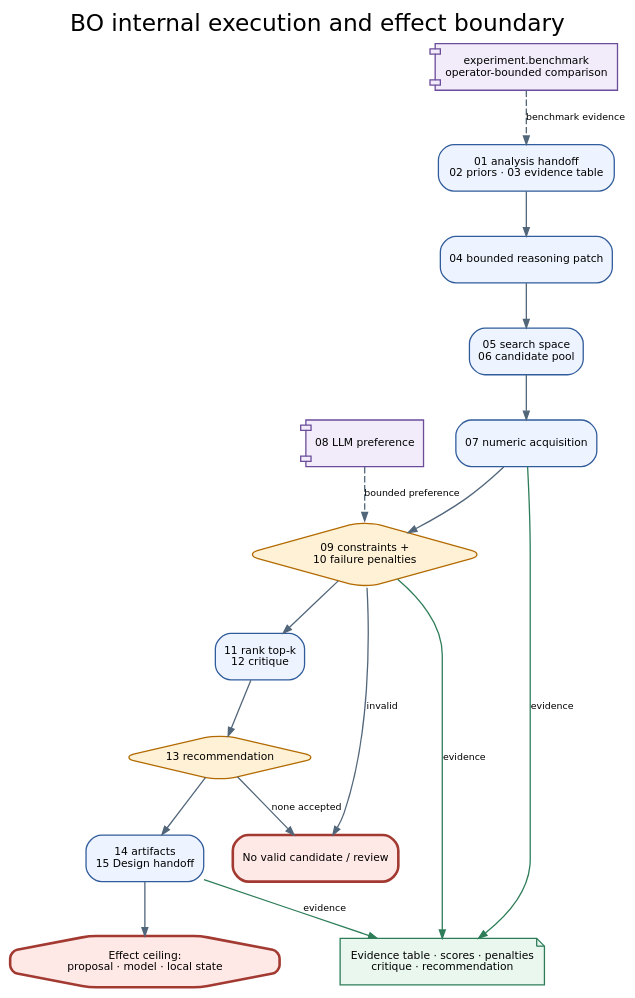
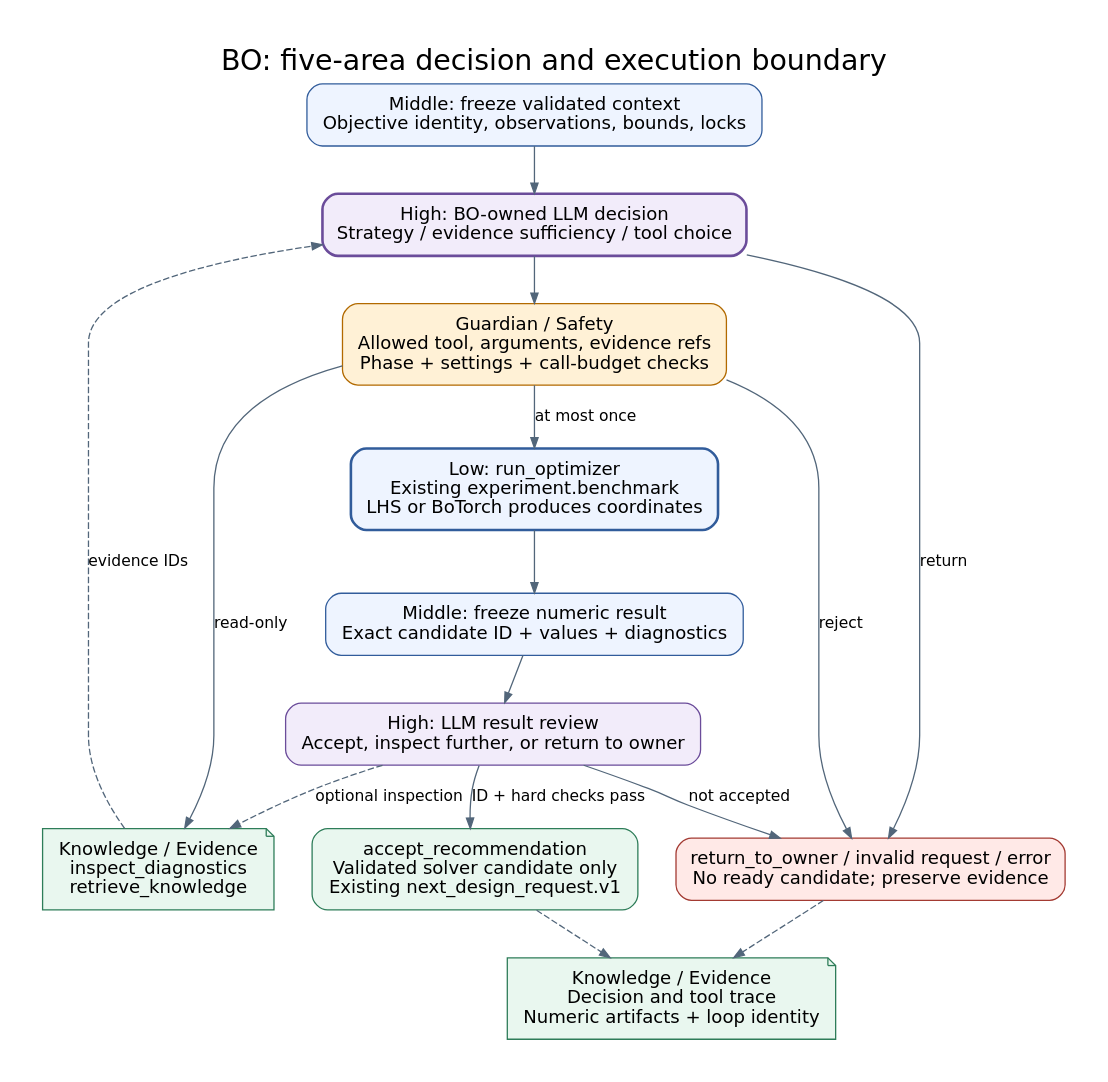
One commit to JIN9811/autonomous_researcher changed the diagram in docs/agents/assets/figures/bo_02_execution_effect_boundary.dot. Above: the diagram before and after it, drawn with Graphviz. The commit also changed 46 other files, not shown here.

Commit message:
feat(bo): add bounded LLM decisions and continuous design handoffs

```diff
--- a/docs/agents/assets/figures/bo_02_execution_effect_boundary.dot
+++ b/docs/agents/assets/figures/bo_02_execution_effect_boundary.dot
@@ -1,26 +1,27 @@
 digraph bo_execution_effect_boundary {
-  graph [rankdir=TB, bgcolor="transparent", pad="0.25", nodesep="0.30", ranksep="0.46", fontname="DejaVu Sans", label="BO internal execution and effect boundary", labelloc="t", fontsize=18];
-  node [shape=box, style="rounded,filled", fillcolor="#EEF4FF", color="#315C9B", fontname="DejaVu Sans", fontsize=8.3, margin="0.09,0.06"];
-  edge [color="#52667A", fontname="DejaVu Sans", fontsize=7.3, arrowsize=0.65];
-  intake [label="01 analysis handoff\n02 priors · 03 evidence table"];
-  patch [label="04 bounded reasoning patch"];
-  space [label="05 search space\n06 candidate pool"];
-  acquisition [label="07 numeric acquisition"];
-  preference [label="08 LLM preference", shape=component, fillcolor="#F2ECFA", color="#6B4C9A"];
-  gate [label="09 constraints +\n10 failure penalties", shape=diamond, fillcolor="#FFF1D6", color="#B26A00"];
-  rank [label="11 rank top-k\n12 critique"];
-  recommend [label="13 recommendation", shape=diamond, fillcolor="#FFF1D6", color="#B26A00"];
-  output [label="14 artifacts\n15 Design handoff"];
-  tool [label="experiment.benchmark\noperator-bounded comparison", shape=component, fillcolor="#F2ECFA", color="#6B4C9A"];
-  evidence [label="Evidence table · scores · penalties\ncritique · recommendation", shape=note, fillcolor="#E9F7EF", color="#2E7D59"];
-  reject [label="No valid candidate / review", fillcolor="#FFE9E7", color="#A33A32", penwidth=2];
-  effect [label="Effect ceiling:\nproposal · model · local state", shape=octagon, fillcolor="#FFE9E7", color="#A33A32", penwidth=2];
-  intake -> patch -> space -> acquisition -> gate -> rank -> recommend -> output -> effect;
-  preference -> gate [style=dashed, label="bounded preference"];
-  tool -> intake [style=dashed, label="benchmark evidence"];
-  gate -> reject [label="invalid"];
-  recommend -> reject [label="none accepted"];
-  acquisition -> evidence [label="evidence", color="#2E7D59"];
-  gate -> evidence [label="evidence", color="#2E7D59"];
-  output -> evidence [label="evidence", color="#2E7D59"];
+  graph [rankdir=TB, bgcolor="#FFFFFF", pad="0.35", nodesep="0.40", ranksep="0.50", fontname="DejaVu Sans", label="BO: five-area decision and execution boundary", labelloc="t", fontsize=22];
+  node [shape=box, style="rounded,filled", fillcolor="#EEF4FF", color="#315C9B", fontname="DejaVu Sans", fontsize=14, margin="0.18,0.12"];
+  edge [color="#52667A", fontname="DejaVu Sans", fontsize=12, arrowsize=0.8];
+  intake [label="Middle: freeze validated context\nObjective identity, observations, bounds, locks"];
+  high [label="High: BO-owned LLM decision\nStrategy / evidence sufficiency / tool choice", fillcolor="#F2ECFA", color="#6B4C9A", penwidth=2];
+  gate [label="Guardian / Safety\nAllowed tool, arguments, evidence refs\nPhase + settings + call-budget checks", fillcolor="#FFF1D6", color="#B26A00"];
+  inspect [label="Knowledge / Evidence\ninspect_diagnostics\nretrieve_knowledge", shape=note, fillcolor="#E9F7EF", color="#2E7D59"];
+  optimize [label="Low: run_optimizer\nExisting experiment.benchmark\nLHS or BoTorch produces coordinates", penwidth=2];
+  result [label="Middle: freeze numeric result\nExact candidate ID + values + diagnostics"];
+  review [label="High: LLM result review\nAccept, inspect further, or return to owner", fillcolor="#F2ECFA", color="#6B4C9A"];
+  accept [label="accept_recommendation\nValidated solver candidate only\nExisting next_design_request.v1", fillcolor="#E9F7EF", color="#2E7D59"];
+  hold [label="return_to_owner / invalid request / error\nNo ready candidate; preserve evidence", fillcolor="#FFE9E7", color="#A33A32"];
+  archive [label="Knowledge / Evidence\nDecision and tool trace\nNumeric artifacts + loop identity", shape=note, fillcolor="#E9F7EF", color="#2E7D59"];
+  intake -> high -> gate;
+  gate -> inspect [label="read-only"];
+  inspect -> high [label="evidence IDs", style=dashed];
+  gate -> optimize [label="at most once"];
+  optimize -> result -> review;
+  review -> inspect [label="optional inspection", style=dashed];
+  review -> accept [label="ID + hard checks pass"];
+  high -> hold [label="return"];
+  gate -> hold [label="reject"];
+  review -> hold [label="not accepted"];
+  accept -> archive [style=dashed];
+  hold -> archive [style=dashed];
 }
```
